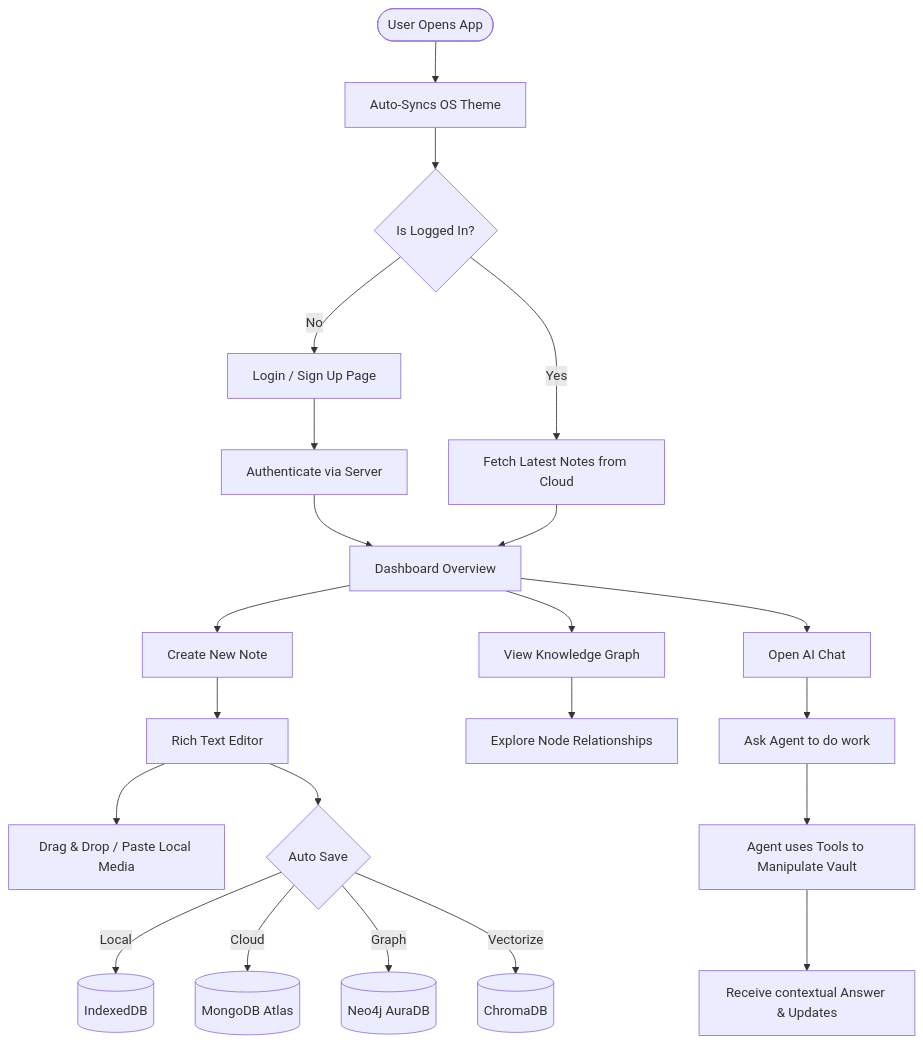
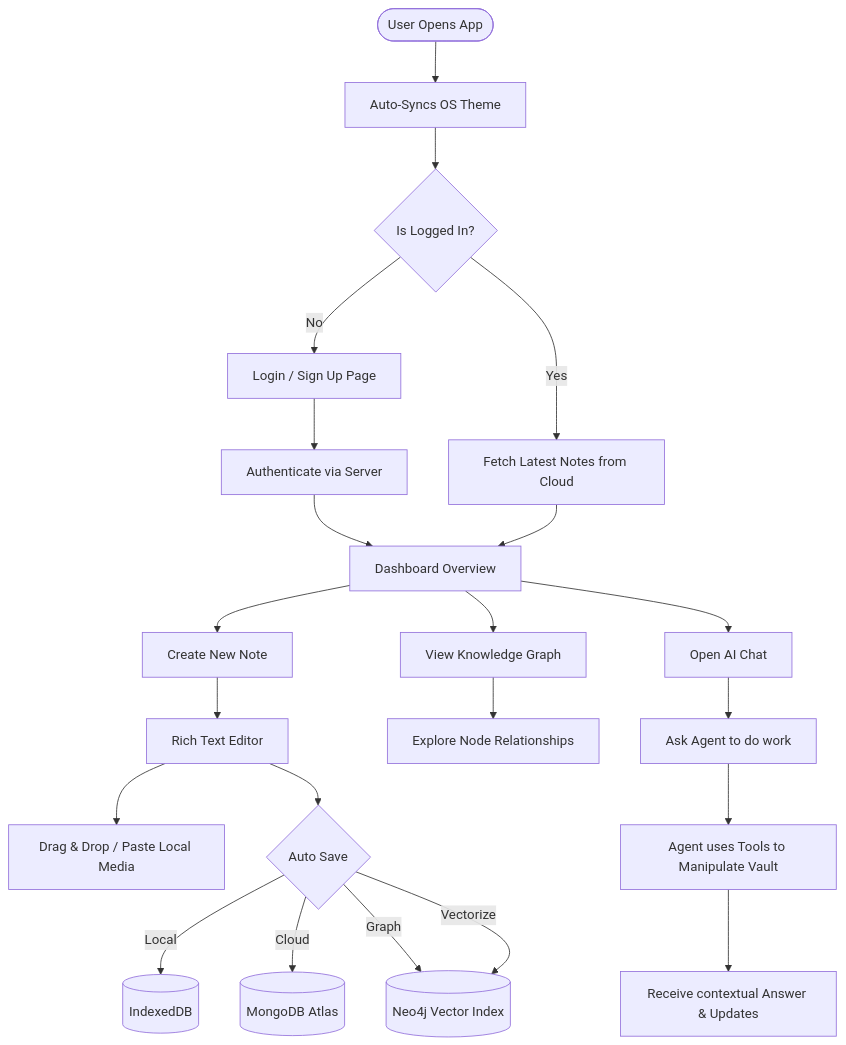
The third of 3 diagrams in README.md (KunalGupta25/NoterootAI), drawn with Mermaid before and after one commit. The commit also changed other lines of this file and 14 other files, not shown here.

Commit message:
feat: use neo4j for vector search

````diff
--- a/README.md
+++ b/README.md
@@ -151,29 +143,29 @@
 ```mermaid
 flowchart TD
     Start([User Opens App]) --> ThemeSync[Auto-Syncs OS Theme]
     ThemeSync --> Auth{Is Logged In?}
     Auth -- No --> Login[Login / Sign Up Page]
     Login --> DBAuth[Authenticate via Server]
     DBAuth --> Dashboard
     
     Auth -- Yes --> Sync[Fetch Latest Notes from Cloud]
     Sync --> Dashboard[Dashboard Overview]
 
     Dashboard --> CreateNote[Create New Note]
     Dashboard --> Graph[View Knowledge Graph]
     Dashboard --> AIChat[Open AI Chat]
     
     CreateNote --> Editor[Rich Text Editor]
     Editor --> Paste[Drag & Drop / Paste Local Media]
     Editor --> AutoSave{Auto Save}
     AutoSave -- Local --> IndexedDB[(IndexedDB)]
     AutoSave -- Cloud --> Mongo[(MongoDB Atlas)]
     AutoSave -- Graph --> Neo4j[(Neo4j AuraDB)]
-    AutoSave -- Vectorize --> Chroma[(ChromaDB)]
+    AutoSave -- Vectorize --> Neo4j[(Neo4j Vector Index)]
     
     Graph --> ViewLinks[Explore Node Relationships]
     
     AIChat --> AskQ[Ask Agent to do work]
     AskQ --> Agent[Agent uses Tools to Manipulate Vault]
     Agent --> Answer[Receive contextual Answer & Updates]
 ```
````
